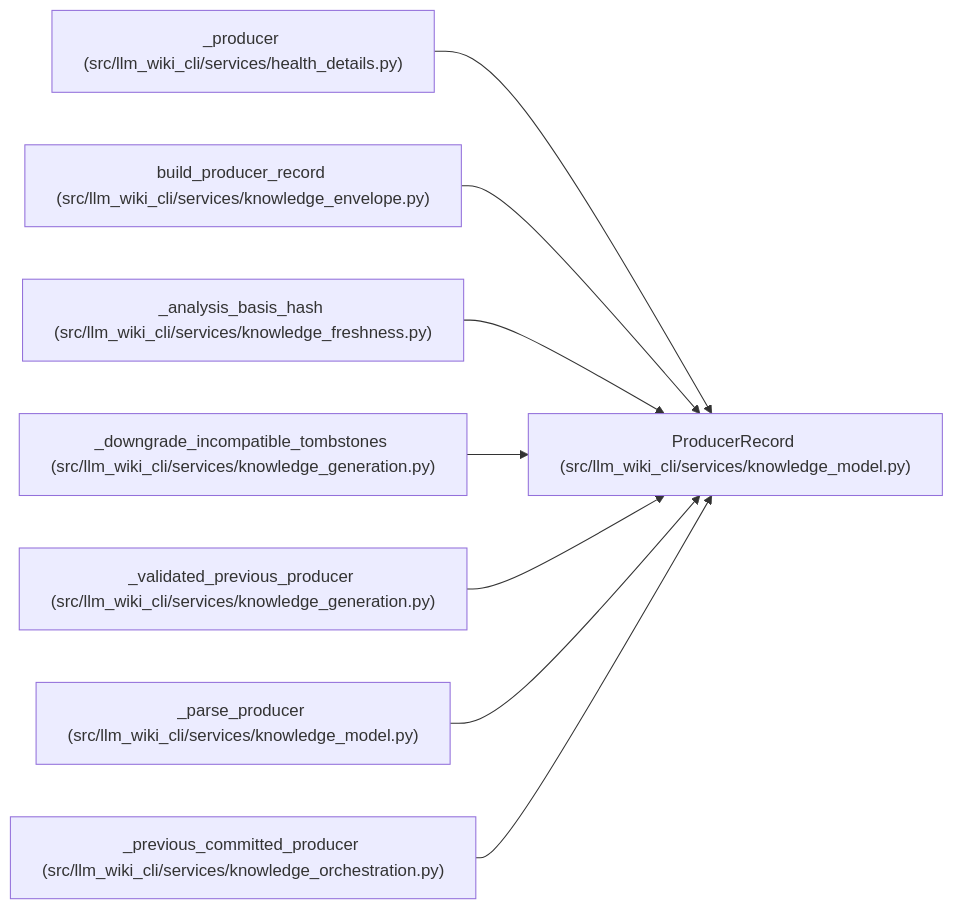
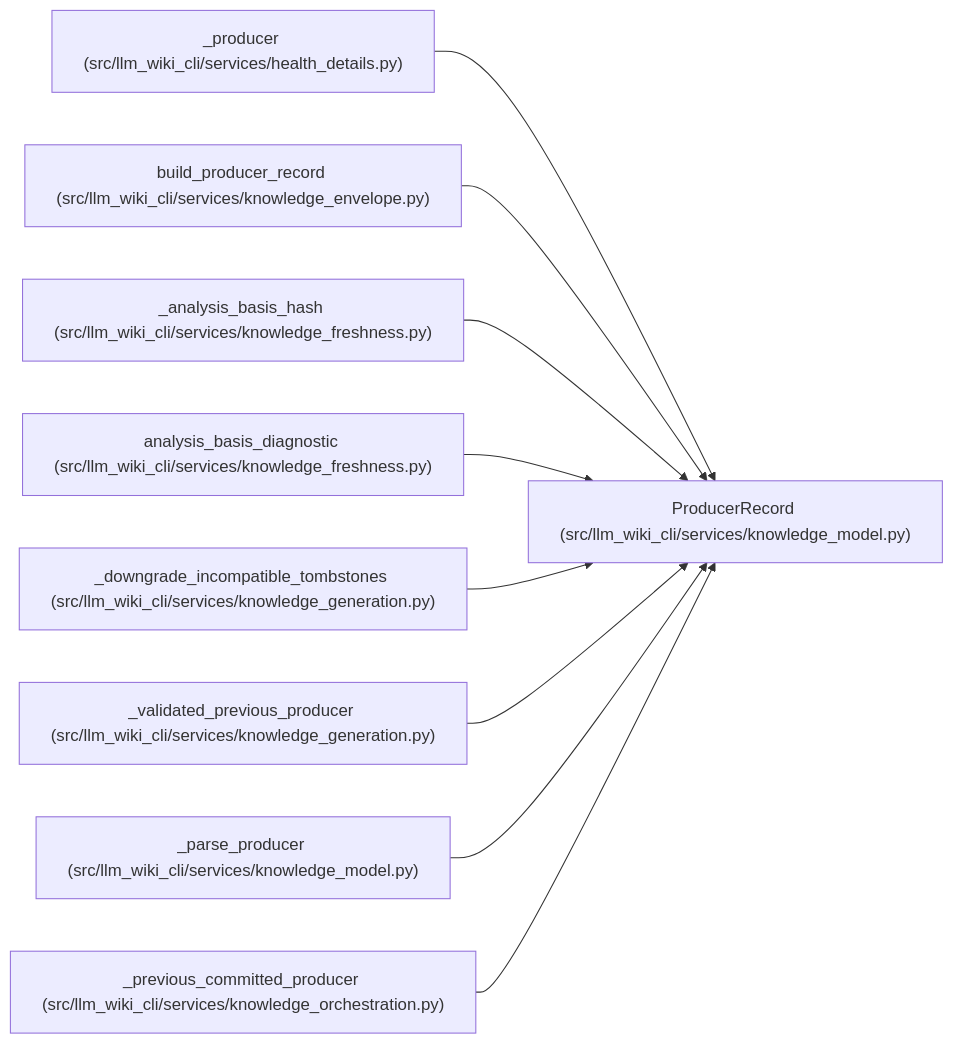
Before and after one commit to Denissvgn/python-wiki-llm: the diagram in docs/llm_wiki/entities/ProducerRecord.md, drawn with Mermaid. The commit also changed other lines of this file and 581 other files, not shown here.

Commit message:
docs(wiki): capture current analysis on native ARM64 Linux

````diff
--- a/docs/llm_wiki/entities/ProducerRecord.md
+++ b/docs/llm_wiki/entities/ProducerRecord.md
@@ -30,26 +30,29 @@
 ```mermaid
 flowchart LR
     n0["ProducerRecord (src/llm_wiki_cli/services/knowledge_model.py)"]
     n1["_producer (src/llm_wiki_cli/services/health_details.py)"]
     n2["build_producer_record (src/llm_wiki_cli/services/knowledge_envelope.py)"]
     n3["_analysis_basis_hash (src/llm_wiki_cli/services/knowledge_freshness.py)"]
-    n4["_downgrade_incompatible_tombstones (src/llm_wiki_cli/services/knowledge_generation.py)"]
-    n5["_validated_previous_producer (src/llm_wiki_cli/services/knowledge_generation.py)"]
-    n6["_parse_producer (src/llm_wiki_cli/services/knowledge_model.py)"]
-    n7["_previous_committed_producer (src/llm_wiki_cli/services/knowledge_orchestration.py)"]
+    n4["analysis_basis_diagnostic (src/llm_wiki_cli/services/knowledge_freshness.py)"]
+    n5["_downgrade_incompatible_tombstones (src/llm_wiki_cli/services/knowledge_generation.py)"]
+    n6["_validated_previous_producer (src/llm_wiki_cli/services/knowledge_generation.py)"]
+    n7["_parse_producer (src/llm_wiki_cli/services/knowledge_model.py)"]
+    n8["_previous_committed_producer (src/llm_wiki_cli/services/knowledge_orchestration.py)"]
     n1 --> n0
     n2 --> n0
     n3 --> n0
     n4 --> n0
     n5 --> n0
     n6 --> n0
     n7 --> n0
+    n8 --> n0
     click n0 "../modules/knowledge_model.md"
     click n1 "../modules/health_details.md"
     click n2 "../modules/knowledge_envelope.md"
     click n3 "../modules/knowledge_freshness.md"
-    click n4 "../modules/knowledge_generation.md"
+    click n4 "../modules/knowledge_freshness.md"
     click n5 "../modules/knowledge_generation.md"
-    click n6 "../modules/knowledge_model.md"
-    click n7 "../modules/knowledge_orchestration.md"
+    click n6 "../modules/knowledge_generation.md"
+    click n7 "../modules/knowledge_model.md"
+    click n8 "../modules/knowledge_orchestration.md"
 ```
````
